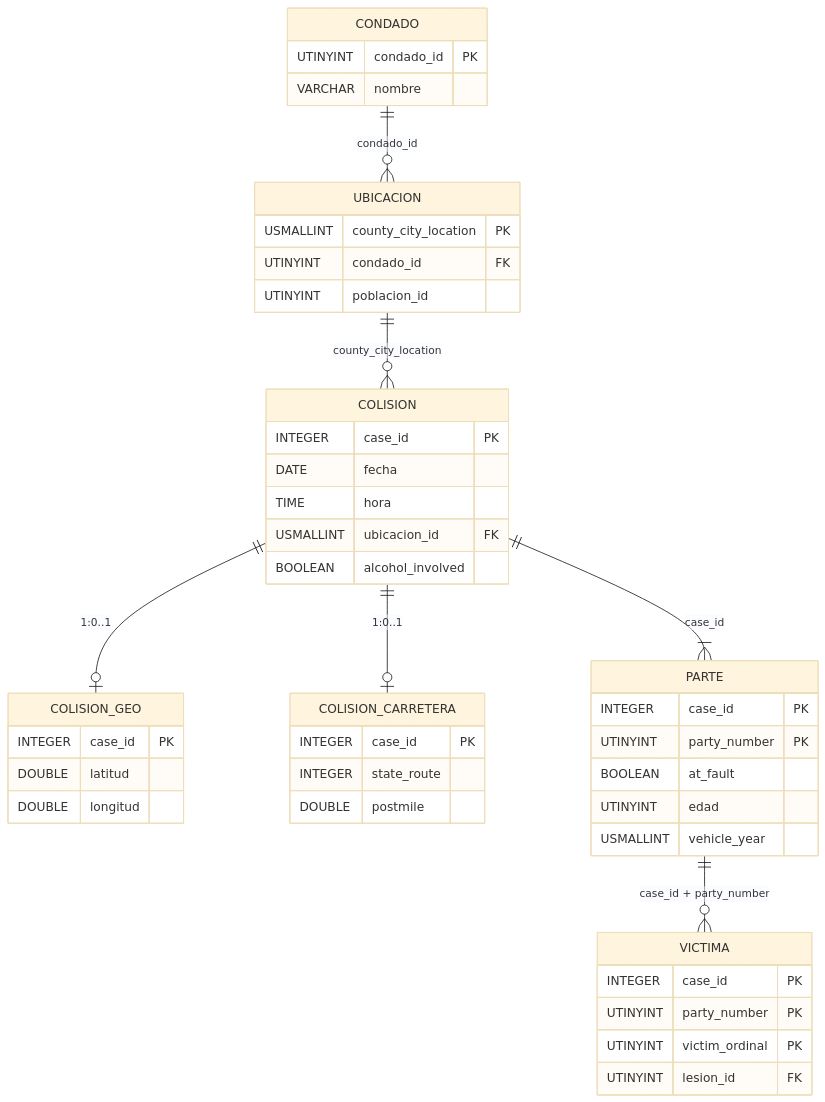
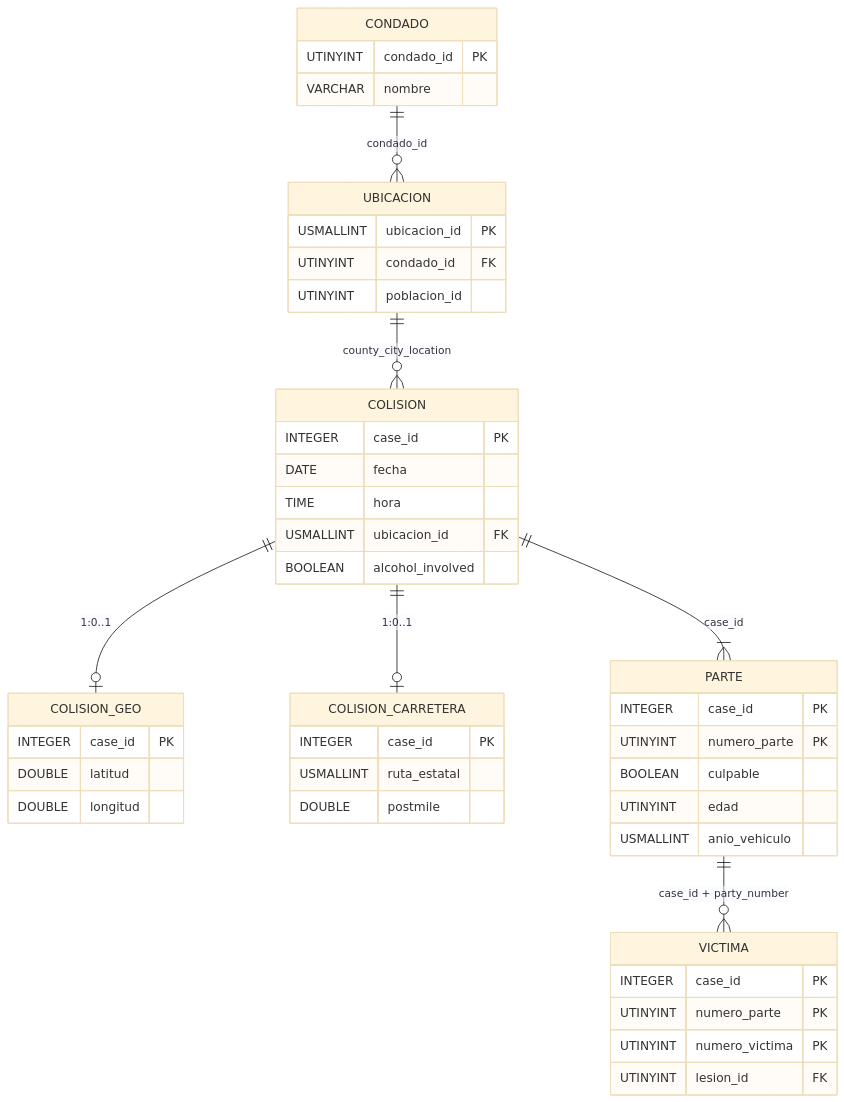
One commit to allan230807/analisis-colisiones-california changed the second of 2 diagrams in README.md. Above: the diagram before and after it, drawn with Mermaid (base theme). The commit also changed other lines of this file and 4 other files, not shown here.

````diff
--- a/README.md
+++ b/README.md
@@ -110,49 +112,49 @@
 ```mermaid
 erDiagram
     UBICACION ||--o{ COLISION : "county_city_location"
     CONDADO ||--o{ UBICACION : "condado_id"
     COLISION ||--o| COLISION_GEO : "1:0..1"
     COLISION ||--o| COLISION_CARRETERA : "1:0..1"
     COLISION ||--|{ PARTE : "case_id"
     PARTE ||--o{ VICTIMA : "case_id + party_number"
 
     COLISION {
         INTEGER case_id PK
         DATE fecha
         TIME hora
         USMALLINT ubicacion_id FK
         BOOLEAN alcohol_involved
     }
     COLISION_GEO {
         INTEGER case_id PK
         DOUBLE latitud
         DOUBLE longitud
     }
     COLISION_CARRETERA {
         INTEGER case_id PK
-        INTEGER state_route
+        USMALLINT ruta_estatal
         DOUBLE postmile
     }
     PARTE {
         INTEGER case_id PK
-        UTINYINT party_number PK
-        BOOLEAN at_fault
+        UTINYINT numero_parte PK
+        BOOLEAN culpable
         UTINYINT edad
-        USMALLINT vehicle_year
+        USMALLINT anio_vehiculo
     }
     VICTIMA {
         INTEGER case_id PK
-        UTINYINT party_number PK
-        UTINYINT victim_ordinal PK
+        UTINYINT numero_parte PK
+        UTINYINT numero_victima PK
         UTINYINT lesion_id FK
     }
     UBICACION {
-        USMALLINT county_city_location PK
+        USMALLINT ubicacion_id PK
         UTINYINT condado_id FK
         UTINYINT poblacion_id
     }
     CONDADO {
         UTINYINT condado_id PK
         VARCHAR nombre
     }
 ```
````
